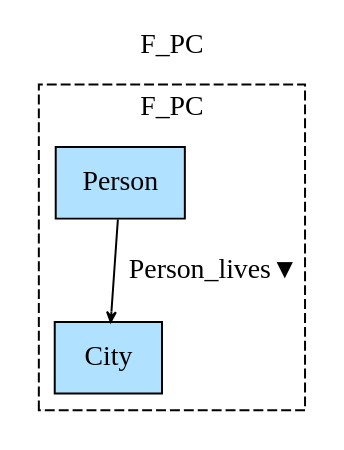
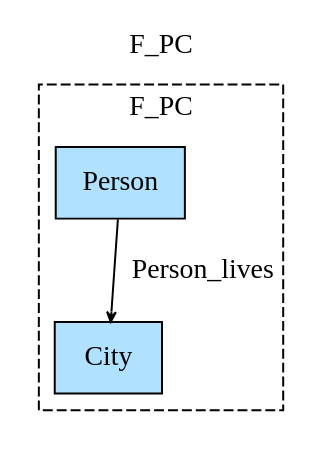
One commit to namalio/Fragmenta changed the diagram in Haskell/FragmentaTests/PersonVehicle/img/F_PC.gv. Above: the diagram before and after it, drawn with Graphviz. The commit also changed 32 other files, not shown here.

```diff
--- a/Haskell/FragmentaTests/PersonVehicle/img/F_PC.gv
+++ b/Haskell/FragmentaTests/PersonVehicle/img/F_PC.gv
@@ -1,9 +1,9 @@
 digraph {graph[label=F_PC,labelloc=tl,labelfontsize=12];
 subgraph cluster_F_PC{style=dashed;label=F_PC;
 "Person"[shape=record,fillcolor=lightskyblue1,style = filled,label="Person"];
 "City"[shape=record,fillcolor=lightskyblue1,style = filled,label="City"];
 
-"Person"->"City"[label="Person_lives▼",arrowhead=vee,headlabel="",arrowsize=.5];
+"Person"->"City"[label="Person_lives",arrowhead=vee,headlabel="",arrowsize=.5];
 
 }
 }
```
